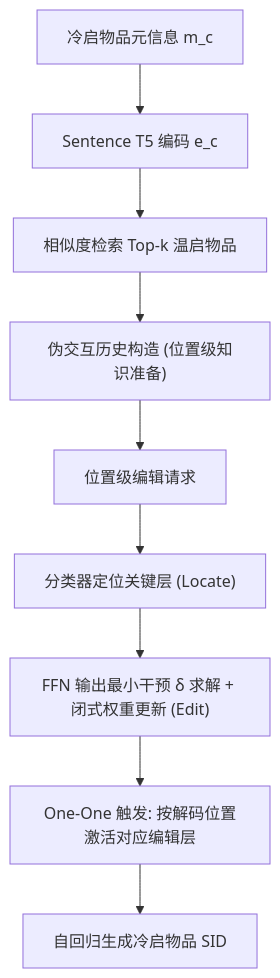
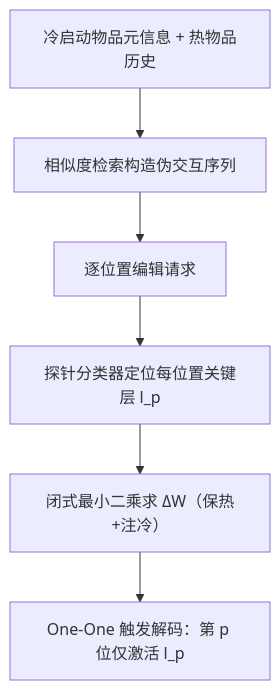
Before and after one commit to jbdcia321vw/Paper-Notes: the diagram in docs/venues/SIGIR/2026/cold_start_rec/genrecedit_adapting_model_editing_for_generative_recommendation_with_cold_s.md, drawn with Mermaid. The commit also changed other lines of this file and 1119 other files, not shown here.

````diff
--- a/docs/venues/SIGIR/2026/cold_start_rec/genrecedit_adapting_model_editing_for_generative_recommendation_with_cold_s.md
+++ b/docs/venues/SIGIR/2026/cold_start_rec/genrecedit_adapting_model_editing_for_generative_recommendation_with_cold_s.md
@@ -67,11 +46,8 @@
 ```mermaid
 flowchart TD
-    A["冷启物品元信息 m_c"] --> B["Sentence T5 编码 e_c"]
-    B --> C["相似度检索 Top-k 温启物品"]
-    C --> D["伪交互历史构造 (位置级知识准备)"]
-    D --> E["位置级编辑请求 <s_p, o_p>"]
-    E --> F["分类器定位关键层 (Locate)"]
-    F --> G["FFN 输出最小干预 δ 求解 + 闭式权重更新 (Edit)"]
-    G --> H["One-One 触发: 按解码位置激活对应编辑层"]
-    H --> I["自回归生成冷启物品 SID"]
+    A["冷启动物品元信息 + 热物品历史"] --> B["相似度检索构造伪交互序列"]
+    B --> C["逐位置编辑请求 <s_p, o_p>"]
+    C --> D["探针分类器定位每位置关键层 l_p"]
+    D --> E["闭式最小二乘求 ΔW（保热+注冷）"]
+    E --> F["One-One 触发解码：第 p 位仅激活 l_p"]
 ```
````
